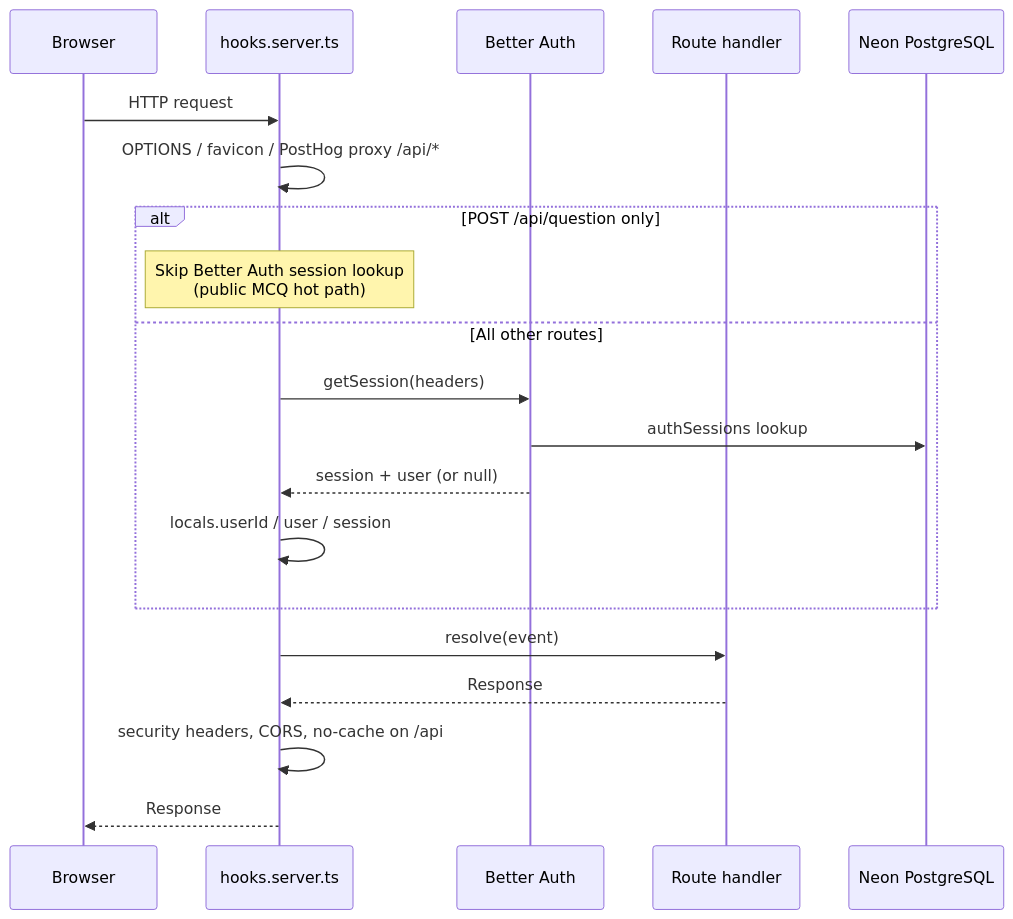
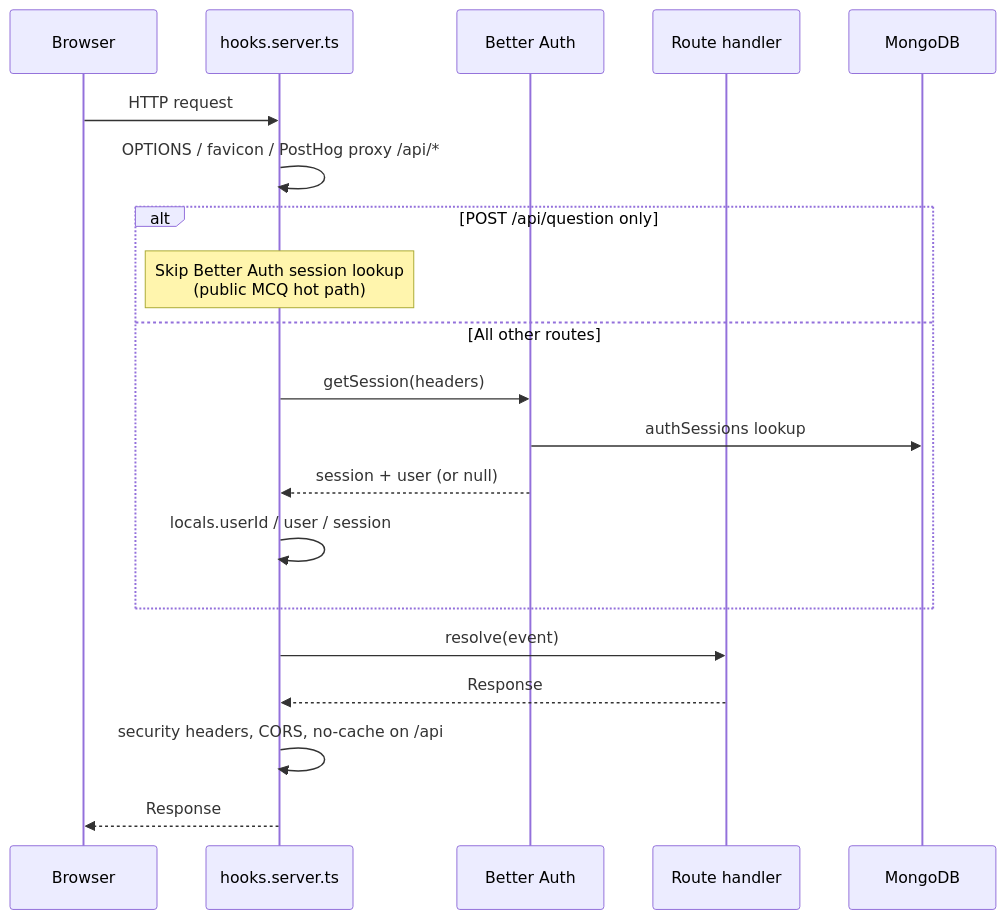
The second of 7 diagrams in docs/architecture.md (5cisummai/freeappractice), drawn with Mermaid before and after one commit. The commit also changed other lines of this file and 165 other files, not shown here.

````diff
--- a/docs/architecture.md
+++ b/docs/architecture.md
@@ -90,23 +90,23 @@
 ```mermaid
 sequenceDiagram
     participant B as Browser
     participant H as hooks.server.ts
     participant BA as Better Auth
     participant R as Route handler
-    participant DB as Neon PostgreSQL
+    participant DB as MongoDB
 
     B->>H: HTTP request
     H->>H: OPTIONS / favicon / PostHog proxy /api/*
     alt POST /api/question only
         Note over H: Skip Better Auth session lookup<br/>(public MCQ hot path)
     else All other routes
         H->>BA: getSession(headers)
         BA->>DB: authSessions lookup
         BA-->>H: session + user (or null)
         H->>H: locals.userId / user / session
     end
     H->>R: resolve(event)
     R-->>H: Response
     H->>H: security headers, CORS, no-cache on /api
     H-->>B: Response
 ```
````
